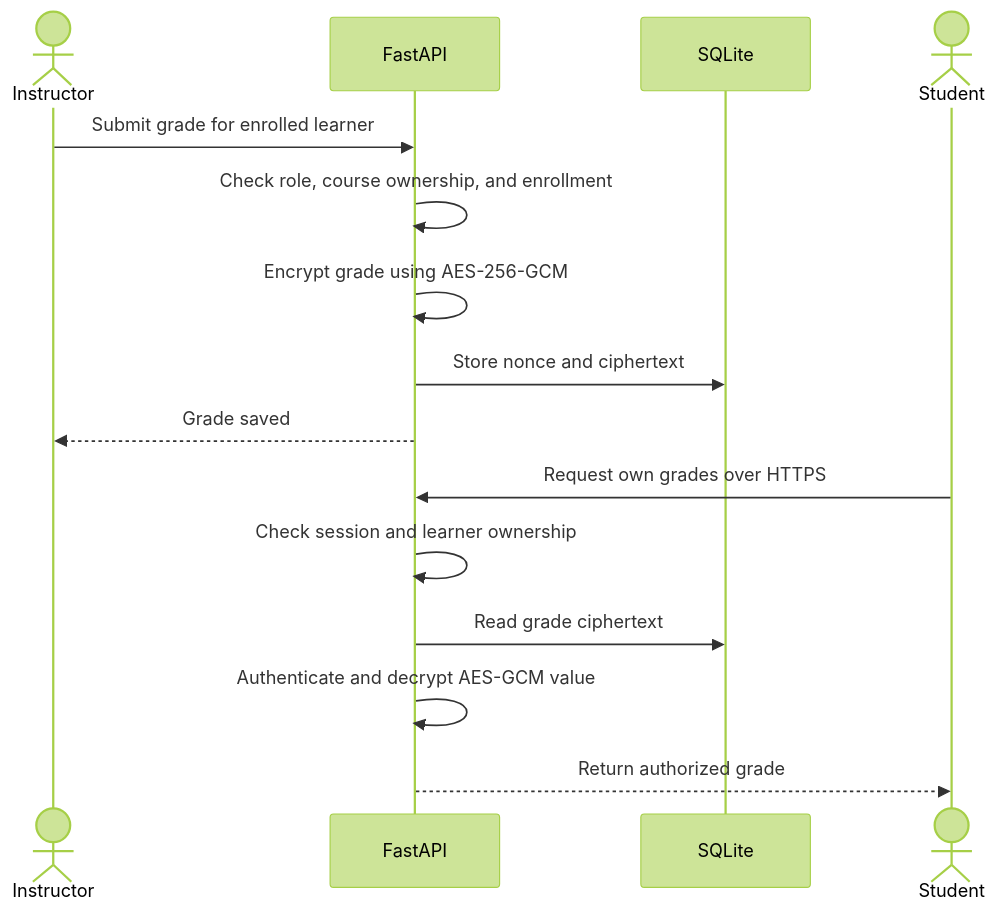
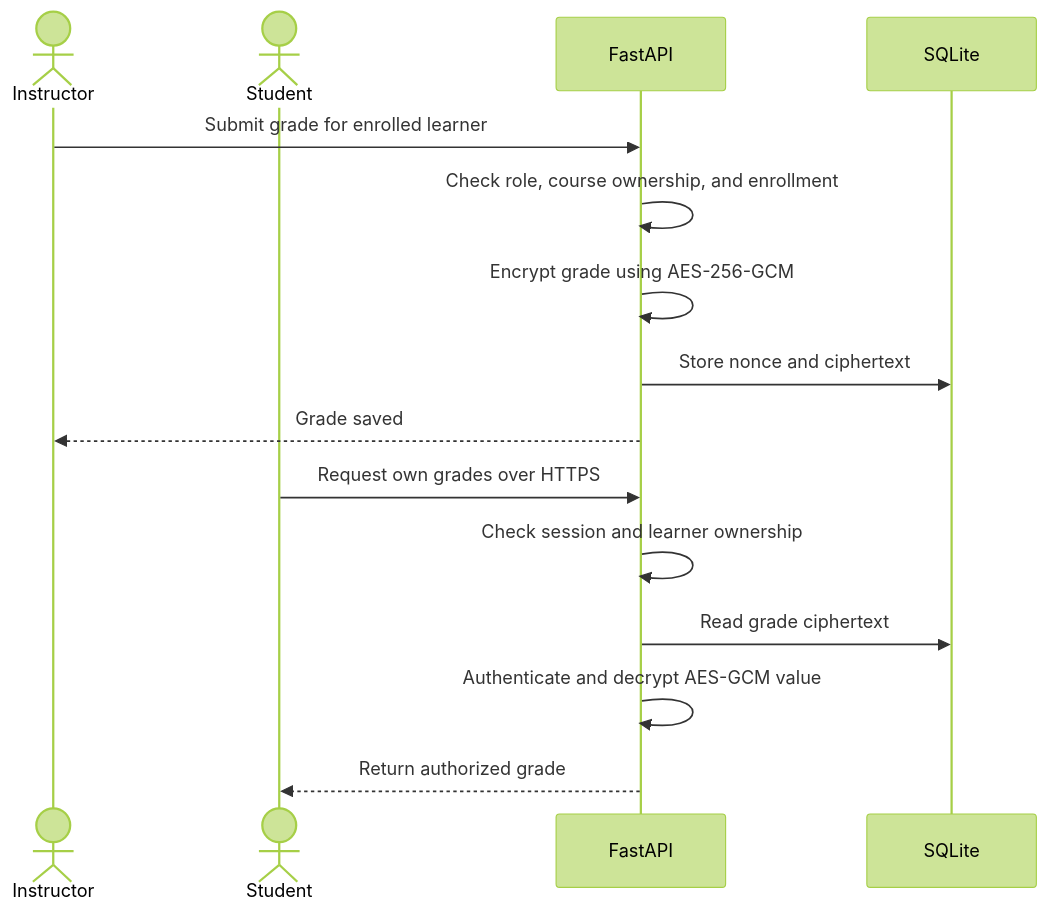
Before and after one commit to hamzawy-s/edusecure-cryptographic-platform: the seventh of 7 diagrams in README.md, drawn with Mermaid (forest theme). The commit also changed other lines of this file, not shown here.

Commit message:
docs: fix Mermaid sequence diagram parsing

````diff
--- a/README.md
+++ b/README.md
@@ -211,17 +211,17 @@
 ```mermaid
 sequenceDiagram
   actor Instructor
+  actor Student
   participant API as FastAPI
   participant DB as SQLite
   Instructor->>API: Submit grade for enrolled learner
   API->>API: Check role, course ownership, and enrollment
   API->>API: Encrypt grade using AES-256-GCM
   API->>DB: Store nonce and ciphertext
   API-->>Instructor: Grade saved
-  actor Student
   Student->>API: Request own grades over HTTPS
   API->>API: Check session and learner ownership
   API->>DB: Read grade ciphertext
   API->>API: Authenticate and decrypt AES-GCM value
   API-->>Student: Return authorized grade
 ```
````
